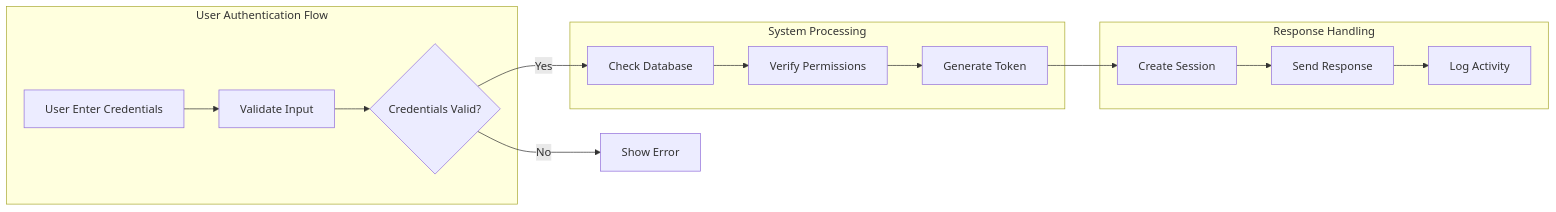
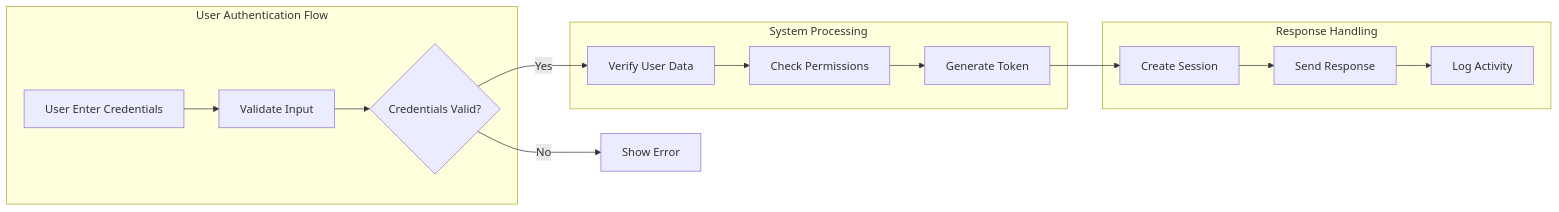
Before and after one commit to RavenView-ai/autobe: the second of 2 diagrams in packages/agent/prompts/ANALYZE_WRITE.md, drawn with Mermaid. The commit also changed other lines of this file and 10 other files, not shown here.

````diff
--- a/packages/agent/prompts/ANALYZE_WRITE.md
+++ b/packages/agent/prompts/ANALYZE_WRITE.md
@@ -364,21 +408,21 @@
 ```mermaid
 graph LR
     subgraph "User Authentication Flow"
         A["User Enter Credentials"] --> B["Validate Input"]
         B --> C{"Credentials Valid?"}
     end
     
     subgraph "System Processing"
-        D["Check Database"] --> E["Verify Permissions"]
+        D["Verify User Data"] --> E["Check Permissions"]
         E --> F["Generate Token"]
     end
     
     subgraph "Response Handling"
         G["Create Session"] --> H["Send Response"]
         H --> I["Log Activity"]
     end
     
     C -->|"Yes"| D
     C -->|"No"| J["Show Error"]
     F --> G
 ```
````
